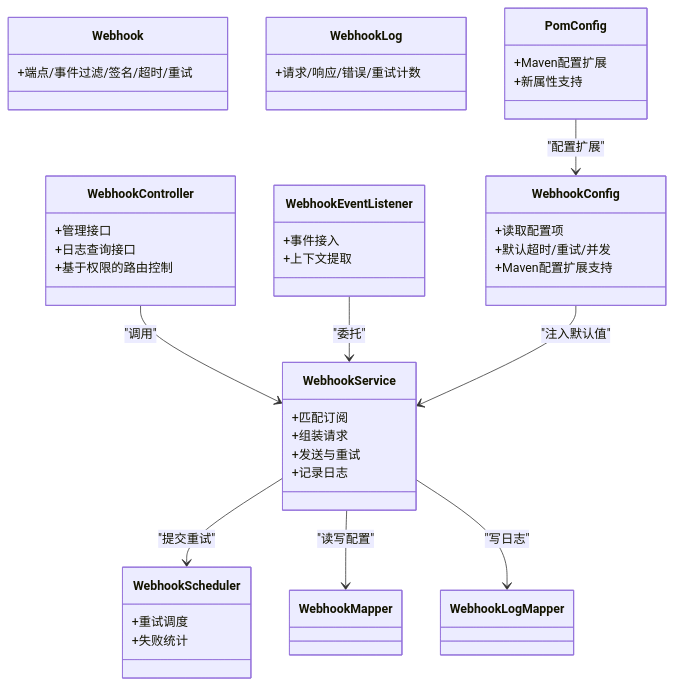
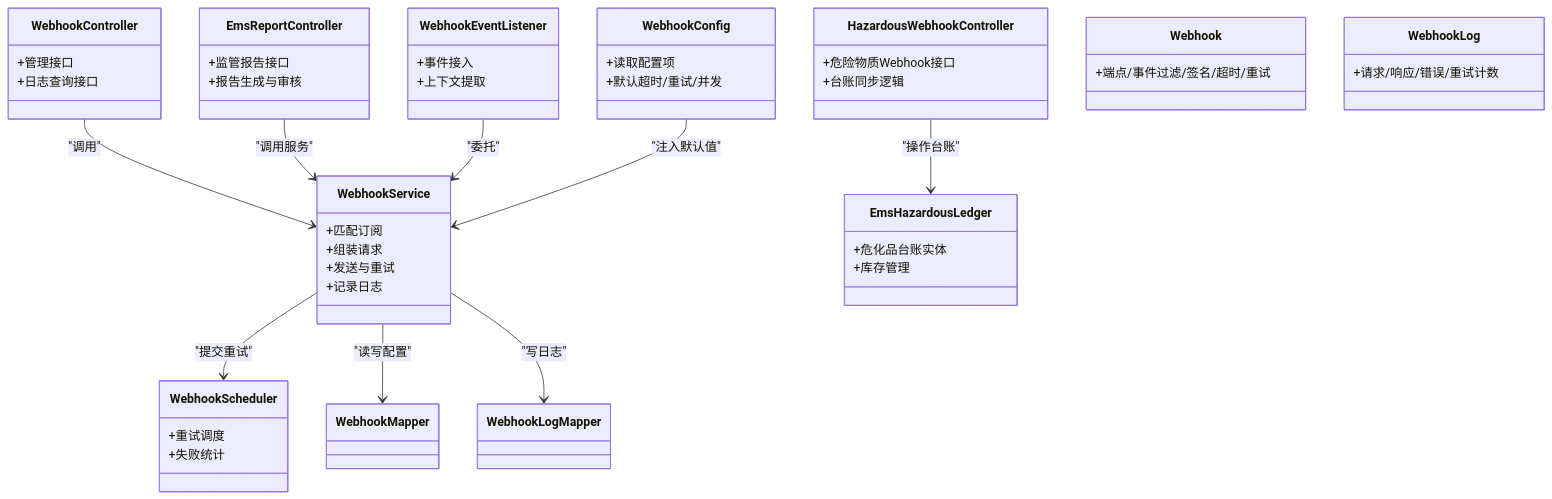
Before and after one commit to liming-lihaini/workflow: the third of 3 diagrams in .qoder/repowiki/zh/content/扩展开发指南/Webhook事件集成.md, drawn with Mermaid. The commit also changed other lines of this file and 45 other files, not shown here.

````diff
--- a/.qoder/repowiki/zh/content/扩展开发指南/Webhook事件集成.md
+++ b/.qoder/repowiki/zh/content/扩展开发指南/Webhook事件集成.md
@@ -286,46 +348,51 @@
 ```mermaid
 classDiagram
 class WebhookConfig {
 +读取配置项
 +默认超时/重试/并发
-+Maven配置扩展支持
 }
 class WebhookController {
 +管理接口
 +日志查询接口
-+基于权限的路由控制
+}
+class HazardousWebhookController {
++危险物质Webhook接口
++台账同步逻辑
+}
+class EmsReportController {
++监管报告接口
++报告生成与审核
 }
 class WebhookService {
 +匹配订阅
 +组装请求
 +发送与重试
 +记录日志
 }
 class WebhookScheduler {
 +重试调度
 +失败统计
 }
 class WebhookEventListener {
 +事件接入
 +上下文提取
 }
 class Webhook {
 +端点/事件过滤/签名/超时/重试
 }
 class WebhookLog {
 +请求/响应/错误/重试计数
 }
-class WebhookMapper
-class WebhookLogMapper
-class PomConfig {
-+Maven配置扩展
-+新属性支持
+class EmsHazardousLedger {
++危化品台账实体
++库存管理
 }
 WebhookController --> WebhookService : "调用"
+HazardousWebhookController --> EmsHazardousLedger : "操作台账"
+EmsReportController --> WebhookService : "调用服务"
 WebhookEventListener --> WebhookService : "委托"
 WebhookService --> WebhookScheduler : "提交重试"
 WebhookService --> WebhookMapper : "读写配置"
 WebhookService --> WebhookLogMapper : "写日志"
 WebhookConfig --> WebhookService : "注入默认值"
-PomConfig --> WebhookConfig : "配置扩展"
 ```
````
